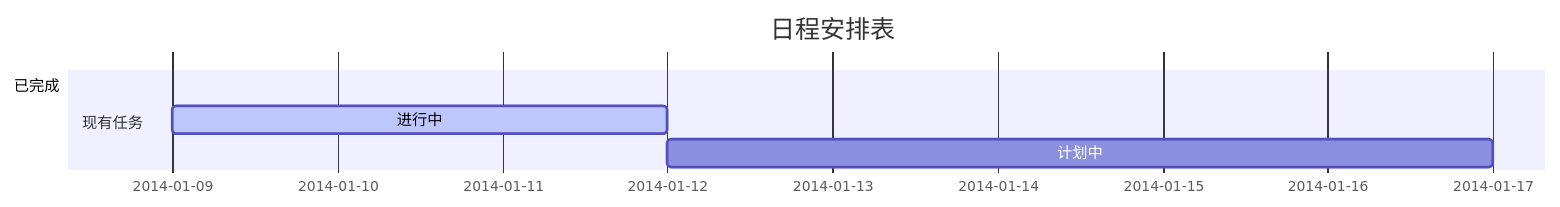
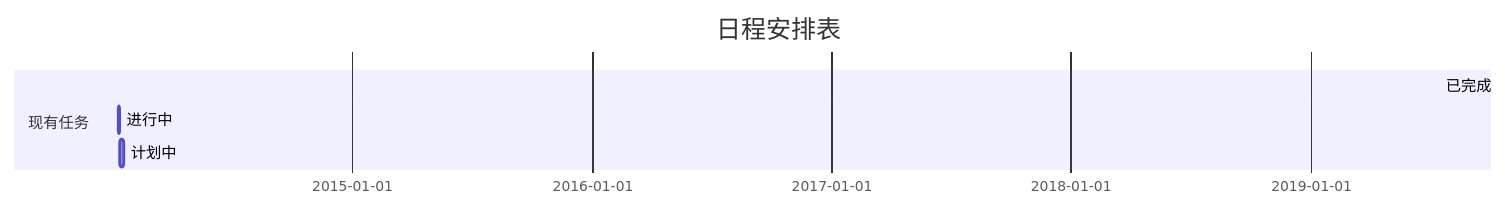
One commit to gZeyu/note changed the diagram in 订餐系统/日程安排表.md. Above: the diagram before and after it, drawn with Mermaid. The commit also changed other lines of this file, not shown here.

Commit message:
订餐系统/日程安排表.md updated from https://stackedit.io/

````diff
--- a/订餐系统/日程安排表.md
+++ b/订餐系统/日程安排表.md
@@ -2,9 +2,9 @@
 ```mermaid
 gantt
         dateFormat  YYYY-MM-DD
         title 日程安排表
         section 现有任务
-        已完成               :done,    des1, 2019-07-16,2014-01-08
+        已完成               :active,    des1, 2019-07-16,1
         进行中               :active,  des2, 2014-01-09, 3d
         计划中               :            des3, after des2, 5d
 ```
````
